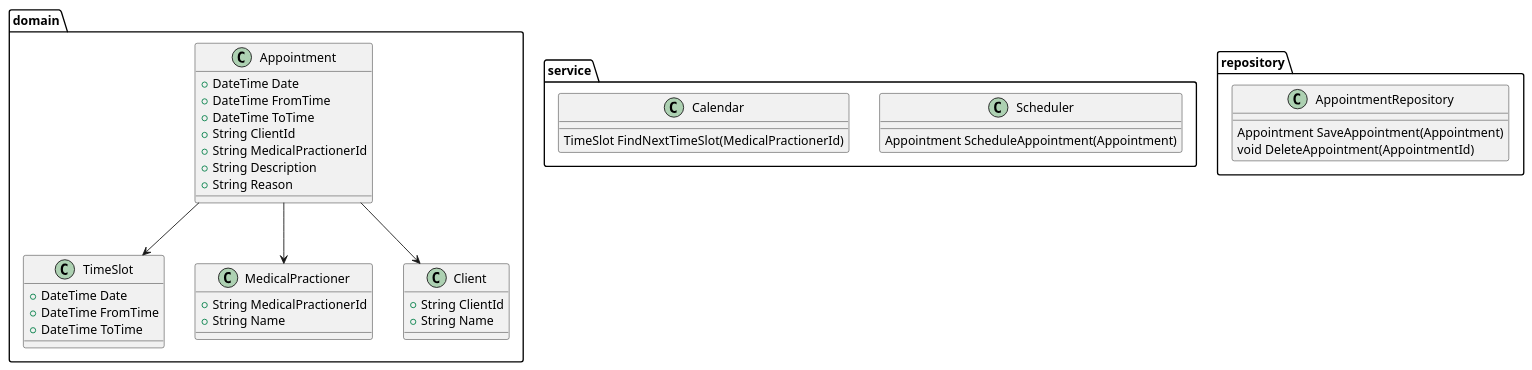
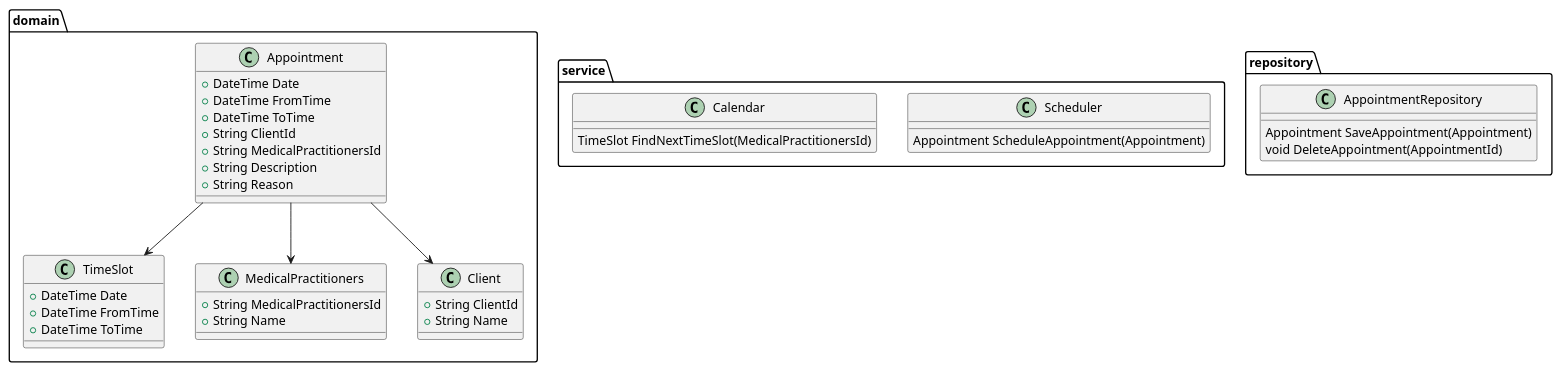
One commit to DavidPeterWatson/AppointmentSceduler changed the diagram in ClassDiagram.puml. Above: the diagram before and after it, drawn with PlantUML.

Commit message:
Fix Class Diagram

```diff
--- a/ClassDiagram.puml
+++ b/ClassDiagram.puml
@@ -1,59 +1,56 @@
 @startuml Appointment Scheduler Class Diagram
 
 namespace domain {
 
     class TimeSlot {
         + DateTime Date
         + DateTime FromTime
         + DateTime ToTime
     }
 
     class Appointment {
         + DateTime Date
         + DateTime FromTime
         + DateTime ToTime
         + String ClientId
-        + String MedicalPractionerId
+        + String MedicalPractitionersId
         + String Description
         + String Reason
     }
 
-    class MedicalPractioner {
-        + String MedicalPractionerId
+    class MedicalPractitioners {
+        + String MedicalPractitionersId
         + String Name
     }
 
     class Client {
         + String ClientId
         + String Name
     }
 
     Appointment -d-> TimeSlot
     Appointment -d-> Client
-    Appointment -d-> MedicalPractioner
+    Appointment -d-> MedicalPractitioners
 }
 
 namespace service {
 
     class Scheduler {
         Appointment ScheduleAppointment(Appointment)
     }
 
     class Calendar {
-        TimeSlot FindNextTimeSlot(MedicalPractionerId)
+        TimeSlot FindNextTimeSlot(MedicalPractitionersId)
     }
 }
 
 namespace repository {
 
     class AppointmentRepository {
         Appointment SaveAppointment(Appointment)
         void DeleteAppointment(AppointmentId)
     }
 
 }
 
-' domain -d-> service
-' service -d-> repository
-
 @enduml
```
